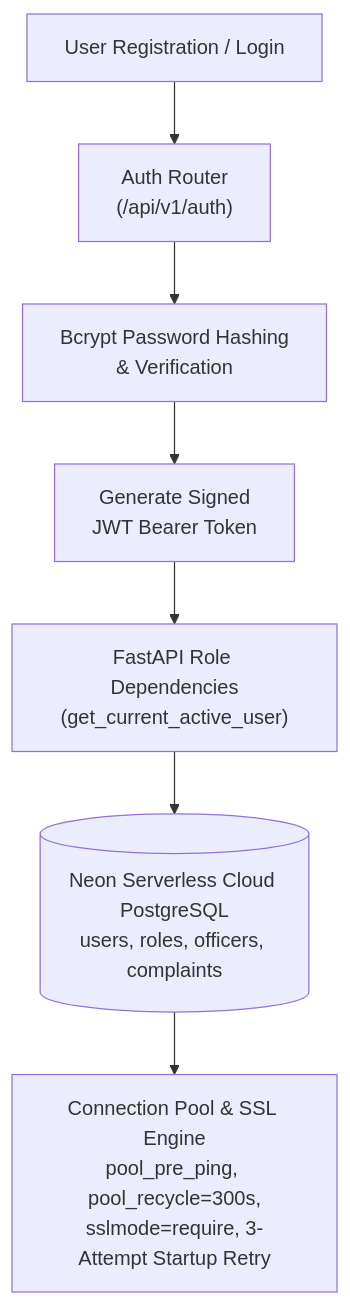
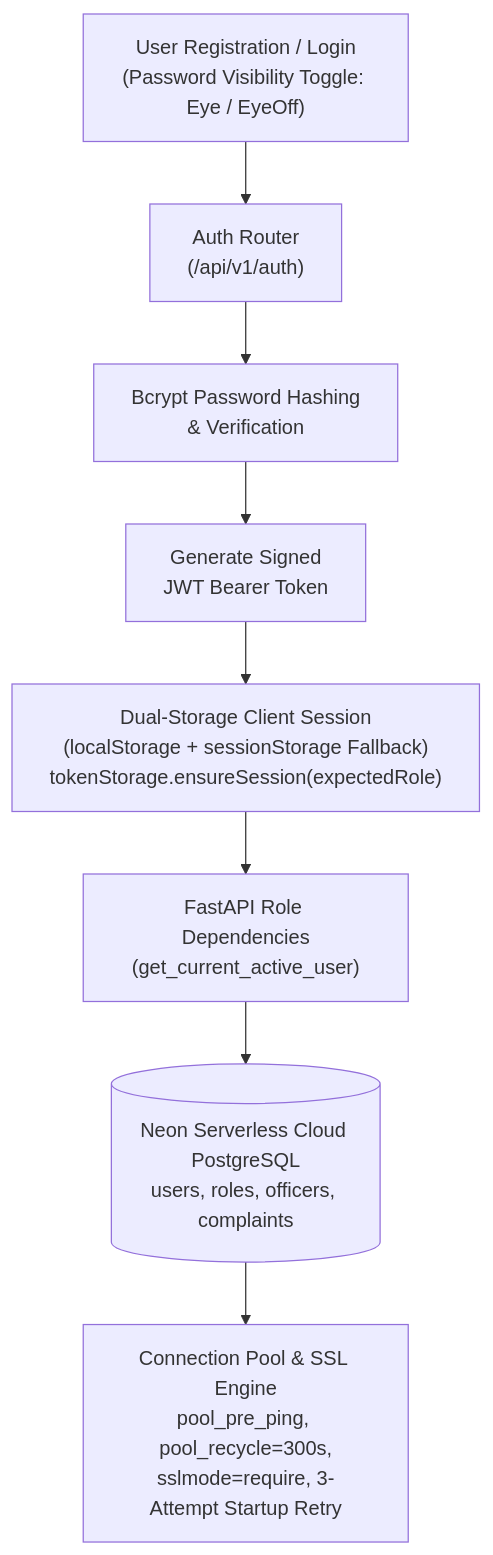
The fourth of 18 diagrams in phases.md (SHRUTISINHA250714/civic), drawn with Mermaid before and after one commit. The commit also changed other lines of this file and 14 other files, not shown here.

````diff
--- a/phases.md
+++ b/phases.md
@@ -131,9 +131,10 @@
 ```mermaid
 flowchart TD
-    User["User Registration / Login"] --> Auth["Auth Router\n(/api/v1/auth)"]
+    User["User Registration / Login\n(Password Visibility Toggle: Eye / EyeOff)"] --> Auth["Auth Router\n(/api/v1/auth)"]
     Auth --> Hash["Bcrypt Password Hashing\n& Verification"]
     Hash --> JWT["Generate Signed\nJWT Bearer Token"]
-    JWT --> Guards["FastAPI Role Dependencies\n(get_current_active_user)"]
+    JWT --> Storage["Dual-Storage Client Session\n(localStorage + sessionStorage Fallback)\ntokenStorage.ensureSession(expectedRole)"]
+    Storage --> Guards["FastAPI Role Dependencies\n(get_current_active_user)"]
     Guards --> DB[(Neon Serverless Cloud PostgreSQL\nusers, roles, officers, complaints)]
     DB --> Pool["Connection Pool & SSL Engine\npool_pre_ping, pool_recycle=300s,\nsslmode=require, 3-Attempt Startup Retry"]
 ```
````
